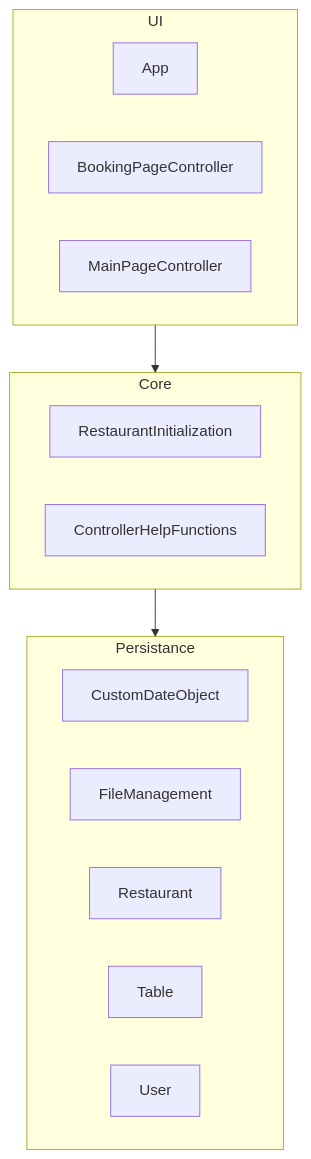
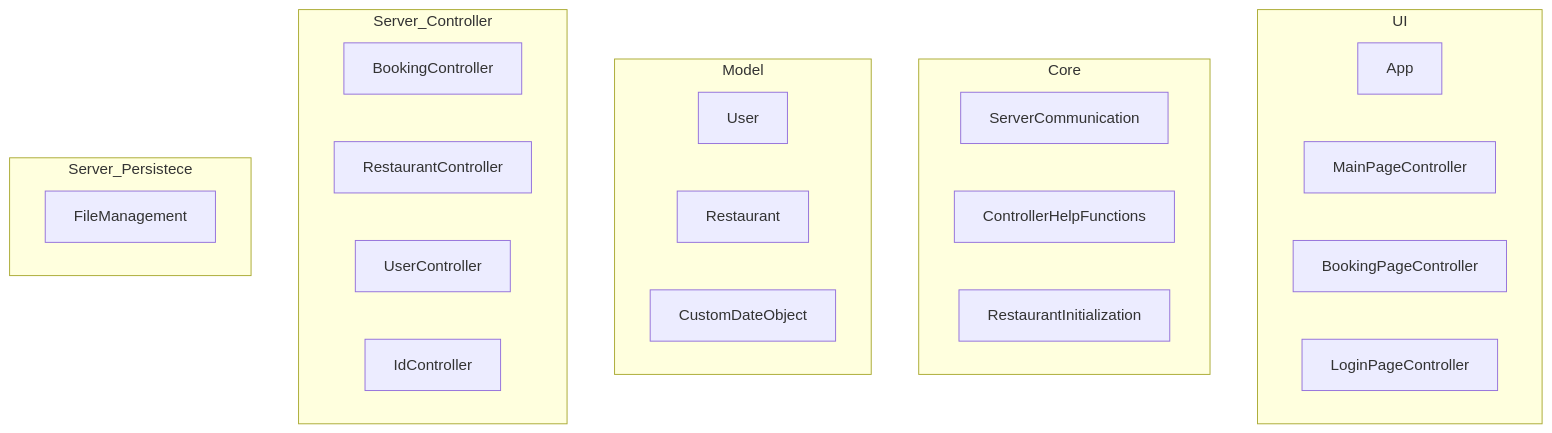
Before and after one commit to marsun02/IT1901_Booking_Manager: the diagram in Package-diagram.md, drawn with Mermaid.

Commit message:
docs: :memo: Added new subgraphs to match the new modules #219

````diff
--- a/Package-diagram.md
+++ b/Package-diagram.md
@@ -1,31 +1,39 @@
 ```mermaid
-    graph TD
+    flowchart TD
 
-    %% Pakke: Persistance
-    subgraph Persistance["Persistance"]
-        A1[CustomDateObject]
-        A2[FileManagement]
-        A3[Restaurant]
-        A4[Table]
-        A5[User]
+    %% packages
 
+    subgraph UI
+        App
+        MainPageController
+        BookingPageController
+        LoginPageController
     end    
 
 
-    %% Pakke: Core
-    subgraph Core["Core"]
-        B1[RestaurantInitialization]
-        B2[ControllerHelpFunctions]
+    
+    subgraph Core
+        ServerCommunication
+        ControllerHelpFunctions
+        RestaurantInitialization
     end   
 
-    %% Pakke: UI
-    subgraph UI["UI"]
-        C1[App]
-        C2[BookingPageController]
-        C3[MainPageController]
+    
+    subgraph Model
+        User
+        Restaurant
+        CustomDateObject
     end 
 
-    %% Dependencies
-    UI --> Core
-    Core --> Persistance
+
+    subgraph Server_Controller
+        BookingController
+        RestaurantController
+        UserController
+        IdController
+    end
+
+    subgraph Server_Persistece
+        FileManagement
+    end
 ```
````
